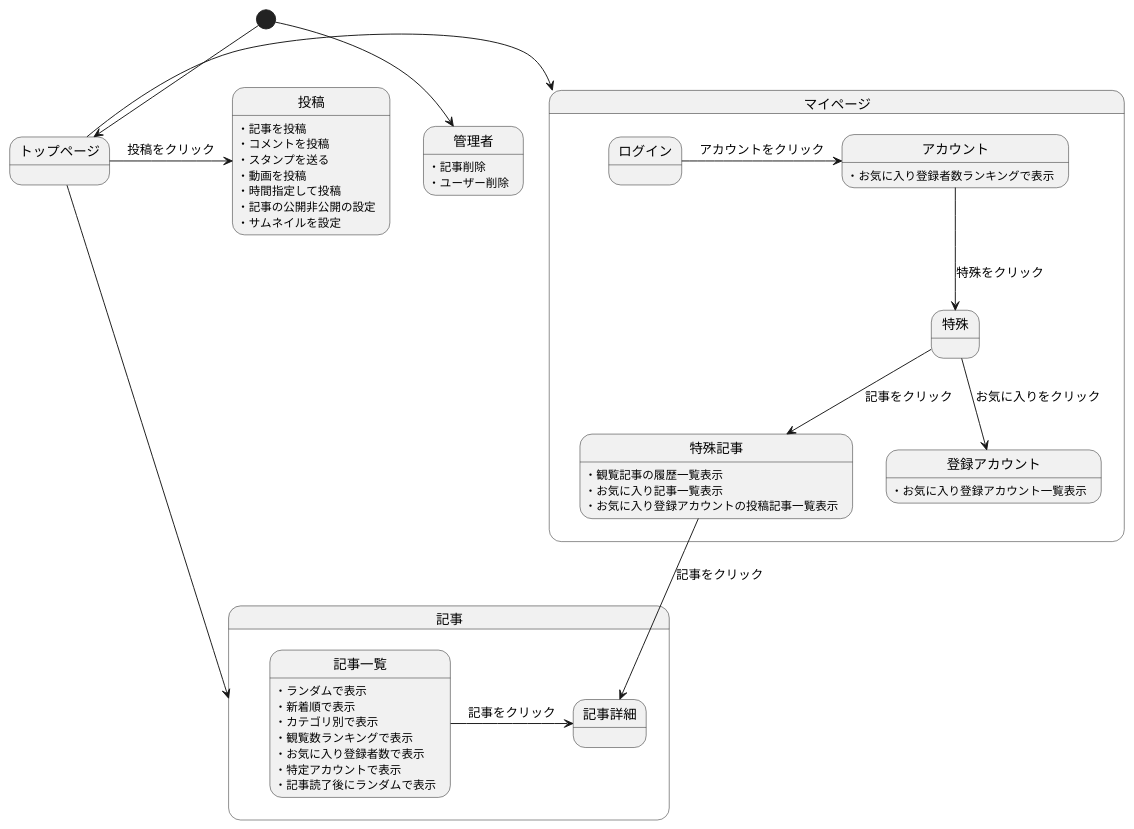
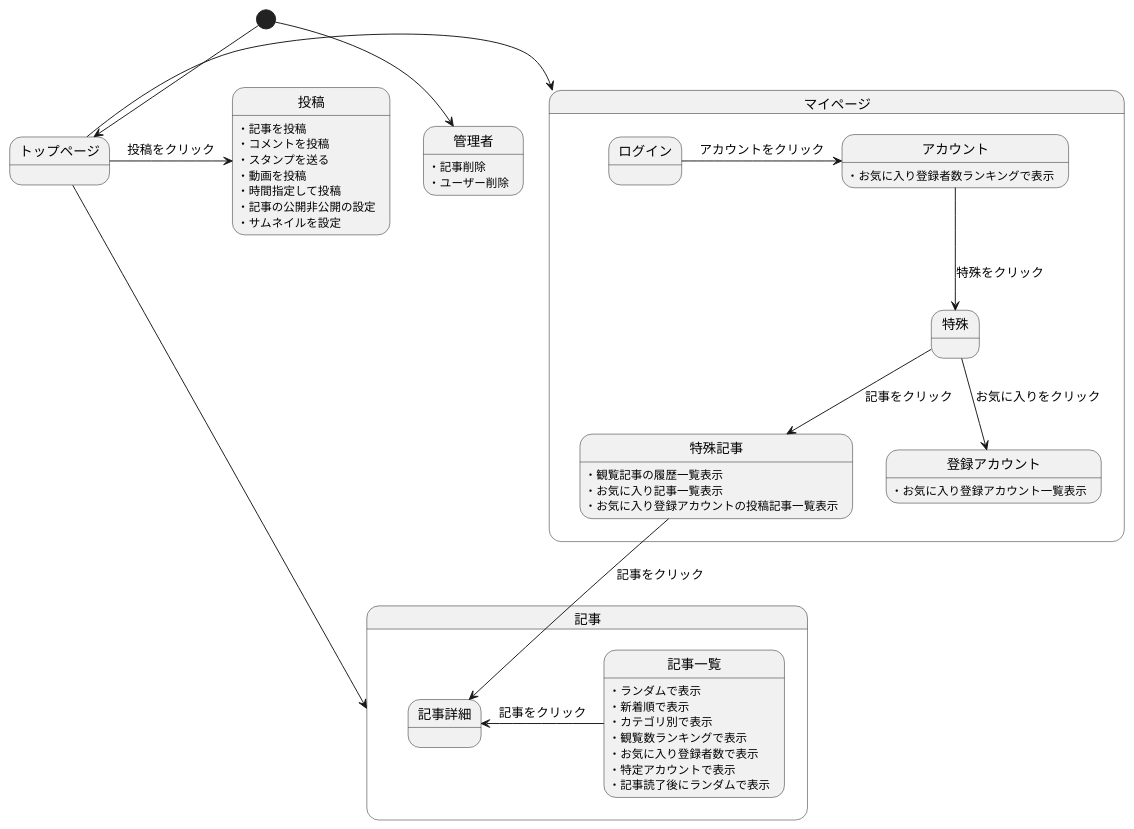
The diagram in 後期画面遷移.md (Aso2001001/2022System), drawn with PlantUML before and after one commit.

````diff
--- a/後期画面遷移.md
+++ b/後期画面遷移.md
@@ -1,55 +1,55 @@
 ```uml
 @startuml
 [*] --> トップページ
 
 state 記事{
-記事一覧 -> 記事詳細 : 記事をクリック
+記事一覧 -left-> 記事詳細 : 記事をクリック
 
 
 記事一覧:・ランダムで表示
 記事一覧:・新着順で表示
 記事一覧:・カテゴリ別で表示
 記事一覧:・観覧数ランキングで表示
 記事一覧:・お気に入り登録者数で表示
 記事一覧:・特定アカウントで表示
 記事一覧:・記事読了後にランダムで表示
 
 }
 
 state マイページ{
 ログイン -> アカウント : アカウントをクリック
 アカウント -down-> 特殊 : 特殊をクリック
 特殊 -down-> 特殊記事 :記事をクリック
 特殊 -down-> 登録アカウント :お気に入りをクリック
 特殊記事 -down-> 記事詳細 :記事をクリック
 
 アカウント:・お気に入り登録者数ランキングで表示
 
 特殊記事:・観覧記事の履歴一覧表示
 特殊記事:・お気に入り記事一覧表示
 登録アカウント:・お気に入り登録アカウント一覧表示
 特殊記事:・お気に入り登録アカウントの投稿記事一覧表示
 
 }
 
 
 トップページ -down-> 記事
 トップページ -left-> マイページ
 トップページ -> 投稿 : 投稿をクリック
 投稿:・記事を投稿
 投稿:・コメントを投稿
 投稿:・スタンプを送る
 投稿:・動画を投稿
 投稿:・時間指定して投稿
 投稿:・記事の公開非公開の設定
 投稿:・サムネイルを設定
 
 
 
 [*] --> 管理者
 管理者:・記事削除
 管理者:・ユーザー削除
 
 
 @enduml
 ```
````
